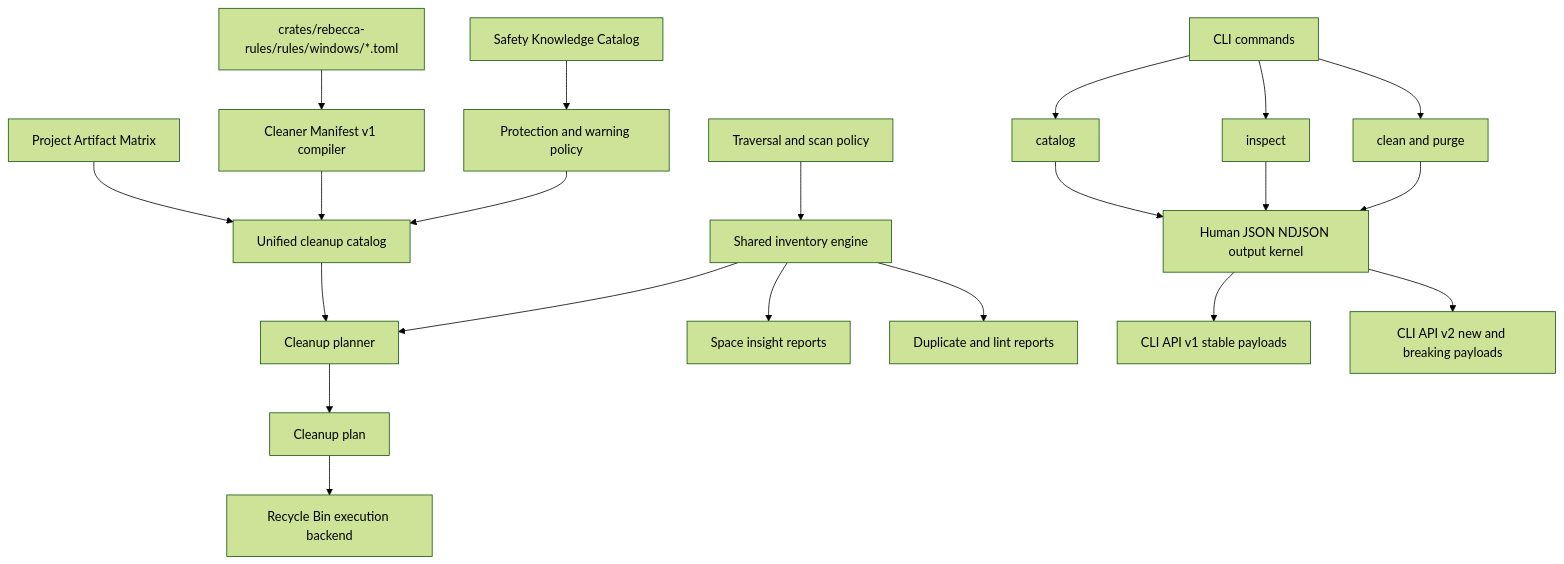
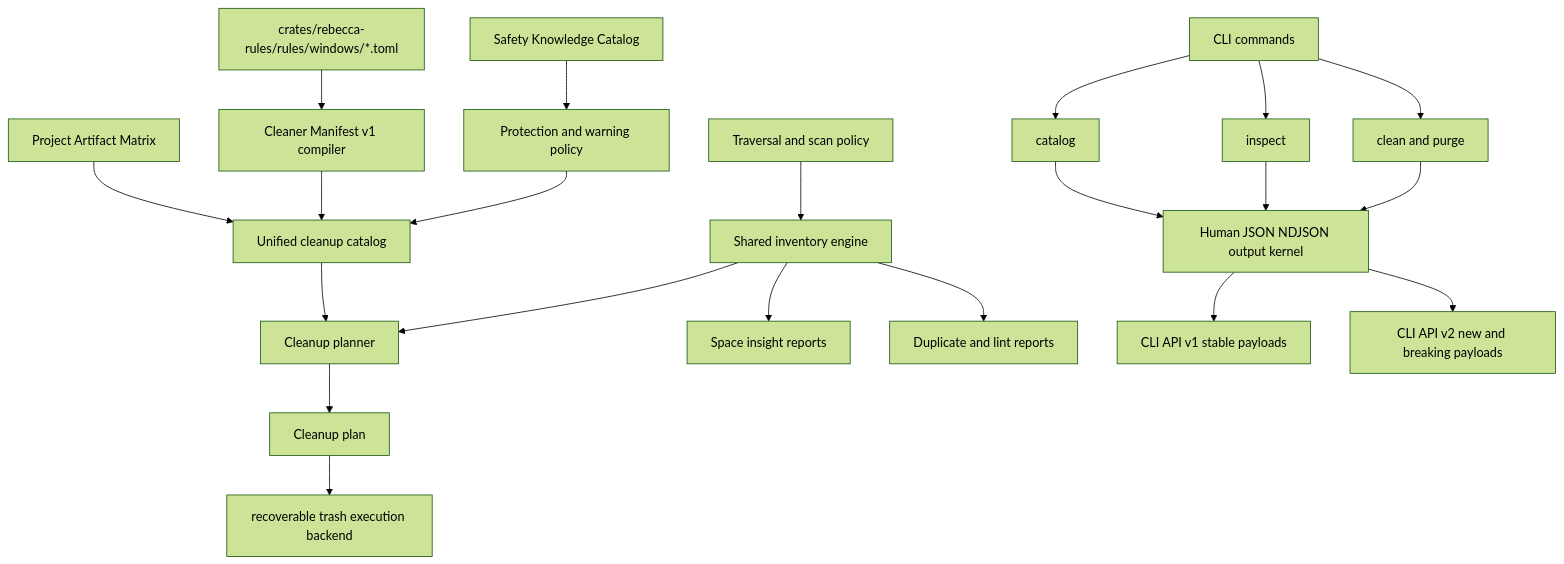
The diagram in docs/plans/2026-06-30-002-feat-cleanup-intelligence-platform-plan.md (Latias94/rebecca), drawn with Mermaid (forest theme) before and after one commit. The commit also changed other lines of this file and 67 other files, not shown here.

First line of the commit message:
refactor(cleanup)!: move recoverable execution into core

````diff
--- a/docs/plans/2026-06-30-002-feat-cleanup-intelligence-platform-plan.md
+++ b/docs/plans/2026-06-30-002-feat-cleanup-intelligence-platform-plan.md
@@ -188,23 +188,23 @@
 ```mermaid
 flowchart TB
   RuleFiles[crates/rebecca-rules/rules/windows/*.toml] --> ManifestCompiler[Cleaner Manifest v1 compiler]
   SafetyFiles[Safety Knowledge Catalog] --> SafetyPolicy[Protection and warning policy]
   ArtifactMatrix[Project Artifact Matrix] --> UnifiedCatalog[Unified cleanup catalog]
   ManifestCompiler --> UnifiedCatalog
   SafetyPolicy --> UnifiedCatalog
   UnifiedCatalog --> Planner[Cleanup planner]
   ScanPolicy[Traversal and scan policy] --> Inventory[Shared inventory engine]
   Inventory --> Planner
   Inventory --> SpaceInsight[Space insight reports]
   Inventory --> LintReports[Duplicate and lint reports]
   Planner --> CleanupPlan[Cleanup plan]
-  CleanupPlan --> Executor[Recycle Bin execution backend]
+  CleanupPlan --> Executor[recoverable trash execution backend]
   CLI[CLI commands] --> CatalogSurface[catalog]
   CLI --> InspectSurface[inspect]
   CLI --> CleanSurface[clean and purge]
   CatalogSurface --> OutputKernel[Human JSON NDJSON output kernel]
   InspectSurface --> OutputKernel
   CleanSurface --> OutputKernel
   OutputKernel --> ApiV1[CLI API v1 stable payloads]
   OutputKernel --> ApiV2[CLI API v2 new and breaking payloads]
 ```
````
